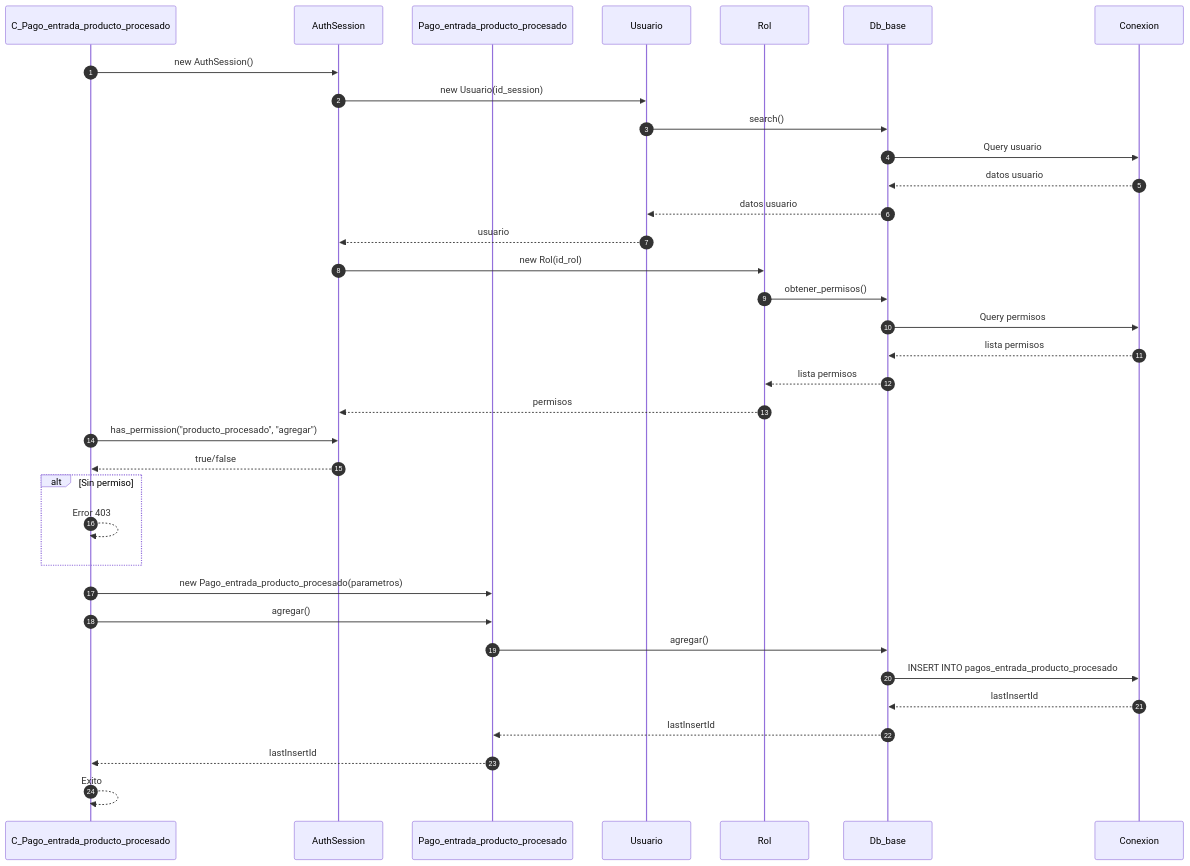
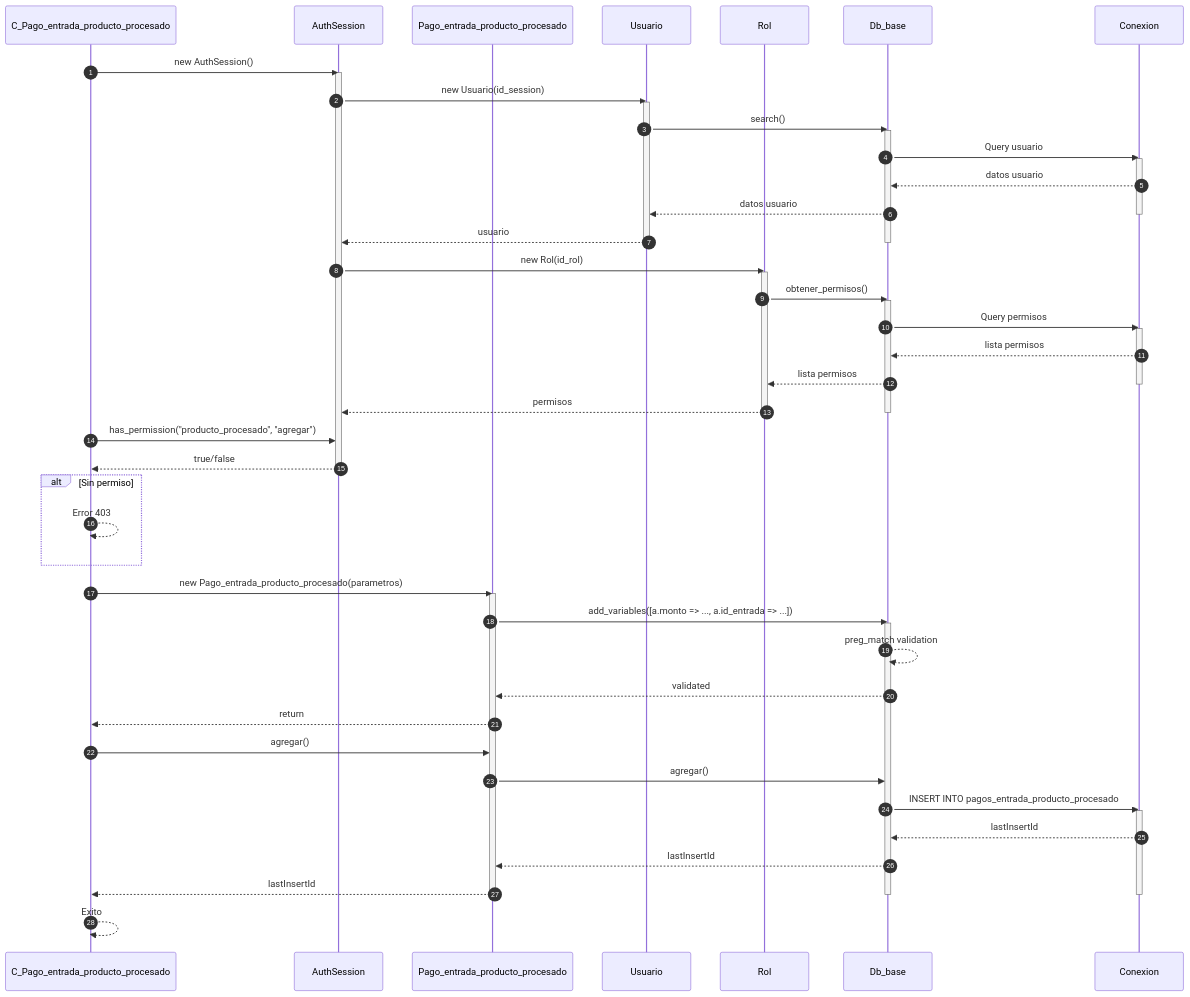
One commit to Tecrato/BurgerHouse changed the fourth of 4 diagrams in docs/secuencia/productos/producto_procesado.md. Above: the diagram before and after it, drawn with Mermaid. The commit also changed other lines of this file and 16 other files, not shown here.

First line of the commit message:
Annotate mermaid sequences & throttle generator

````diff
--- a/docs/secuencia/productos/producto_procesado.md
+++ b/docs/secuencia/productos/producto_procesado.md
@@ -142,43 +210,67 @@
 ```mermaid
 sequenceDiagram
     autonumber
     participant C_Pago_PP as C_Pago_entrada_producto_procesado
     participant AuthSession as AuthSession
     participant Pago_PP as Pago_entrada_producto_procesado
     participant Usuario as Usuario
     participant Rol as Rol
     participant Db_base as Db_base
     participant Conexion as Conexion
     
     C_Pago_PP->>AuthSession: new AuthSession()
+    activate AuthSession
     AuthSession->>Usuario: new Usuario(id_session)
+    activate Usuario
     Usuario->>Db_base: search()
+    activate Db_base
     Db_base->>Conexion: Query usuario
+    activate Conexion
     Conexion-->>Db_base: datos usuario
     Db_base-->>Usuario: datos usuario
+    deactivate Conexion
     Usuario-->>AuthSession: usuario
+    deactivate Usuario
+    deactivate Db_base
     
     AuthSession->>Rol: new Rol(id_rol)
+    activate Rol
     Rol->>Db_base: obtener_permisos()
+    activate Db_base
     Db_base->>Conexion: Query permisos
+    activate Conexion
     Conexion-->>Db_base: lista permisos
     Db_base-->>Rol: lista permisos
+    deactivate Conexion
     Rol-->>AuthSession: permisos
+    deactivate Rol
+    deactivate Db_base
     
     C_Pago_PP->>AuthSession: has_permission("producto_procesado", "agregar")
     AuthSession-->>C_Pago_PP: true/false
+    deactivate AuthSession
     
     alt Sin permiso
         C_Pago_PP-->>C_Pago_PP: Error 403
     end
     
     C_Pago_PP->>Pago_PP: new Pago_entrada_producto_procesado(parametros)
+    activate Pago_PP
+    Pago_PP->>Db_base: add_variables([a.monto => ..., a.id_entrada => ...])
+    activate Db_base
+    Db_base-->>Db_base: preg_match validation
+    Db_base-->>Pago_PP: validated
+    Pago_PP-->>C_Pago_PP: return
     C_Pago_PP->>Pago_PP: agregar()
     Pago_PP->>Db_base: agregar()
     Db_base->>Conexion: INSERT INTO pagos_entrada_producto_procesado
+    activate Conexion
     Conexion-->>Db_base: lastInsertId
     Db_base-->>Pago_PP: lastInsertId
     Pago_PP-->>C_Pago_PP: lastInsertId
+    deactivate Pago_PP
+    deactivate Conexion
+    deactivate Db_base
     
     C_Pago_PP-->>C_Pago_PP: Exito
 ```
````
